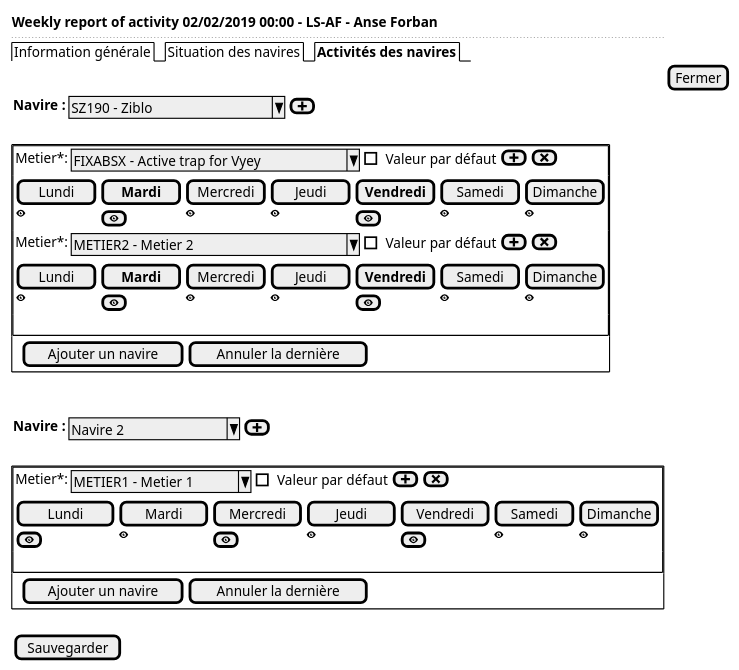
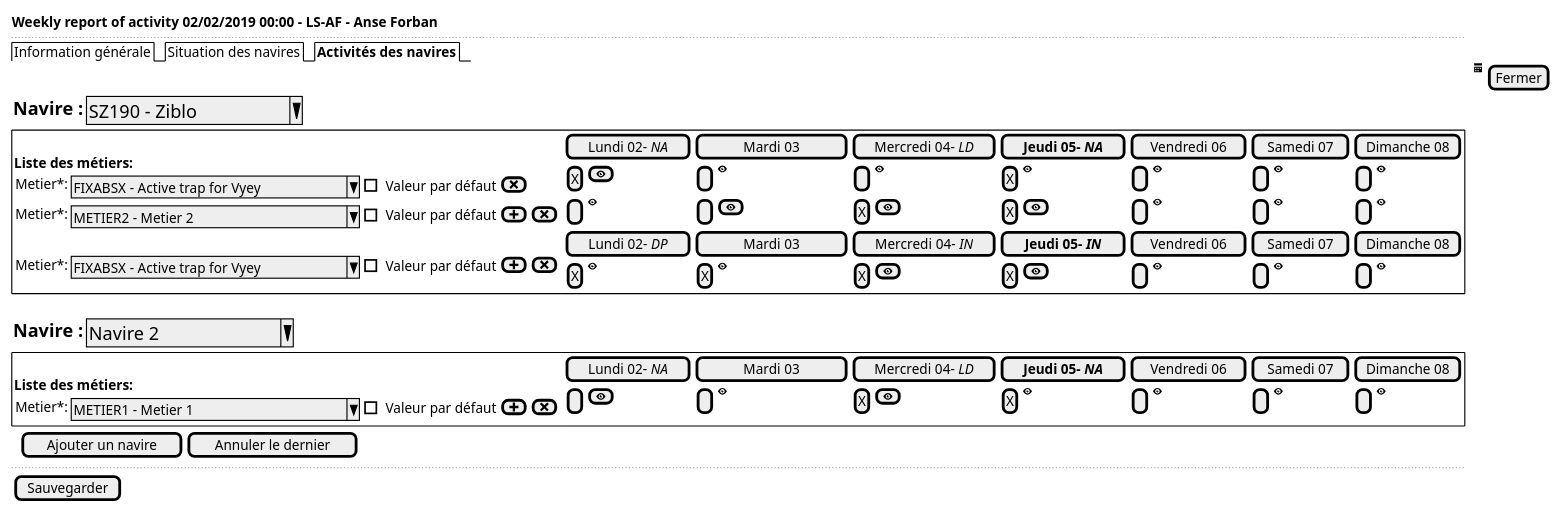
Before and after one commit to sumaris-net/sumaris-doc: the diagram in use-case/collect/weekly/weekly-ui-activity-desktop.puml, drawn with PlantUML. The commit also changed 5 other files, not shown here.

```diff
--- a/use-case/collect/weekly/weekly-ui-activity-desktop.puml
+++ b/use-case/collect/weekly/weekly-ui-activity-desktop.puml
@@ -1,46 +1,42 @@
 @startsalt
 {
   <b>Weekly report of activity 02/02/2019 00:00 - LS-AF - Anse Forban
   ..
   {/ Information générale | Situation des navires | <b>Activités des navires }
-  .| [Fermer]
-  {<b>Navire :            | { ^SZ190 - Ziblo         ^ | [<&plus>]}}
-  .
-  {+
-    {+
+  .| .| <&calendar> | [Fermer]
+  {<size:16><b>Navire :            | { ^<size:16>SZ190 - Ziblo         ^ }}
+{+
+      {
+        .
+        <b>Liste des métiers:
+        {Metier*:        | { ^FIXABSX - Active trap for Vyey^ | [] Valeur par défaut }  | [<&x>]}
+        {Metier*:        | { ^METIER2 - Metier 2            ^ | [] Valeur par défaut }  | [<&plus>]| [<&x>]}
+          .
         {Metier*:        | { ^FIXABSX - Active trap for Vyey^ | [] Valeur par défaut }  | [<&plus>]| [<&x>]}
-
-        {
-            [Lundi   ] | [<b>Mardi   ] | [Mercredi] | [Jeudi   ] | [<b>Vendredi] | [Samedi  ] | [Dimanche]
-            <&eye>     | [<&eye>]      | <&eye>     | <&eye>     | [<&eye>]      | <&eye>     | <&eye>
-        }
-        {Metier*:        | { ^METIER2 - Metier 2            ^ | [] Valeur par défaut }  | [<&plus>]| [<&x>]}
-
-        {
-            [Lundi   ] | [<b>Mardi   ] | [Mercredi] | [Jeudi   ] | [<b>Vendredi] | [Samedi  ] | [Dimanche]
-            <&eye>     | [<&eye>]      | <&eye>     | <&eye>     | [<&eye>]      | <&eye>     | <&eye>
-        }
+      } |
+      {
+        [Lundi 02- <i>NA ] | [Mardi 03        ] | [Mercredi 04- <i>LD] | [<b>Jeudi 05- <i>NA ] | [ Vendredi 06] | [Samedi 07 ]   | [Dimanche 08]
+        {[X] | [<&eye>]}   | {[ ] | <&eye>}     | {[ ] | <&eye>}       | {[X] | <&eye>}        | {[ ] | <&eye>} | {[ ] | <&eye>} | {[ ] | <&eye>}
+        {[ ] | <&eye>}     | {[ ] | [<&eye>]}   | {[X] | [<&eye>]}     | {[X] | [<&eye>]}      | {[ ] | <&eye>} | {[ ] | <&eye>} | {[ ] | <&eye>}
+        [Lundi 02- <i>DP ] | [Mardi 03        ] | [Mercredi 04- <i>IN] | [<b>Jeudi 05- <i>IN ] | [ Vendredi 06] | [Samedi 07 ]   | [Dimanche 08]
+        {[X] | <&eye>}     | {[X] | <&eye>}     | {[X] | [<&eye>]}     | {[X] | [<&eye>]}      | {[ ] | <&eye>} | {[ ] | <&eye>} | {[ ] | <&eye>}
+      }
+}
+.
+      {<size:16><b>Navire :            | { ^<size:16>Navire 2             ^ }}
+{+
+      {
         .
-    }
-        {. |  {[Ajouter un navire] | [Annuler la dernière]}}
-  }
-  .
-  .
-  {<b>Navire :            | { ^Navire 2         ^ | [<&plus>]}}
-  .
-  {+
-    {+
-        {Metier*:        | { ^METIER1 - Metier 1^ | [] Valeur par défaut }  | [<&plus>]| [<&x>]}
-
-        {
-            [Lundi     ] | [Mardi    ] | [Mercredi ] | [Jeudi    ] | [Vendredi ] | [Samedi  ] | [Dimanche]
-            [<&eye>]     | <&eye>     | [<&eye>]    | <&eye>     | [<&eye>]      | <&eye>     | <&eye>
-        }
-        .
-    }
-        {. |  {[Ajouter un navire] | [Annuler la dernière]}}
-  }
-  .
+        <b>Liste des métiers:
+        {Metier*:        | { ^METIER1 - Metier 1            ^             | [] Valeur par défaut }  | [<&plus>]| [<&x>]}
+      } |
+      {
+        [Lundi 02- <i>NA ] | [Mardi 03        ] | [Mercredi 04- <i>LD] | [<b>Jeudi 05- <i>NA ] | [ Vendredi 06] | [Samedi 07 ]   | [Dimanche 08]
+        {[ ] | [<&eye>]}   | {[ ] | <&eye>}     | {[X] | [<&eye>]}     | {[X] | <&eye>}        | {[ ] | <&eye>} | {[ ] | <&eye>} | {[ ] | <&eye>}
+      }
+}
+      {. |  {[Ajouter un navire] | [Annuler le dernier]}}
+..
   {[Sauvegarder]}
 }
 @endsalt
```
